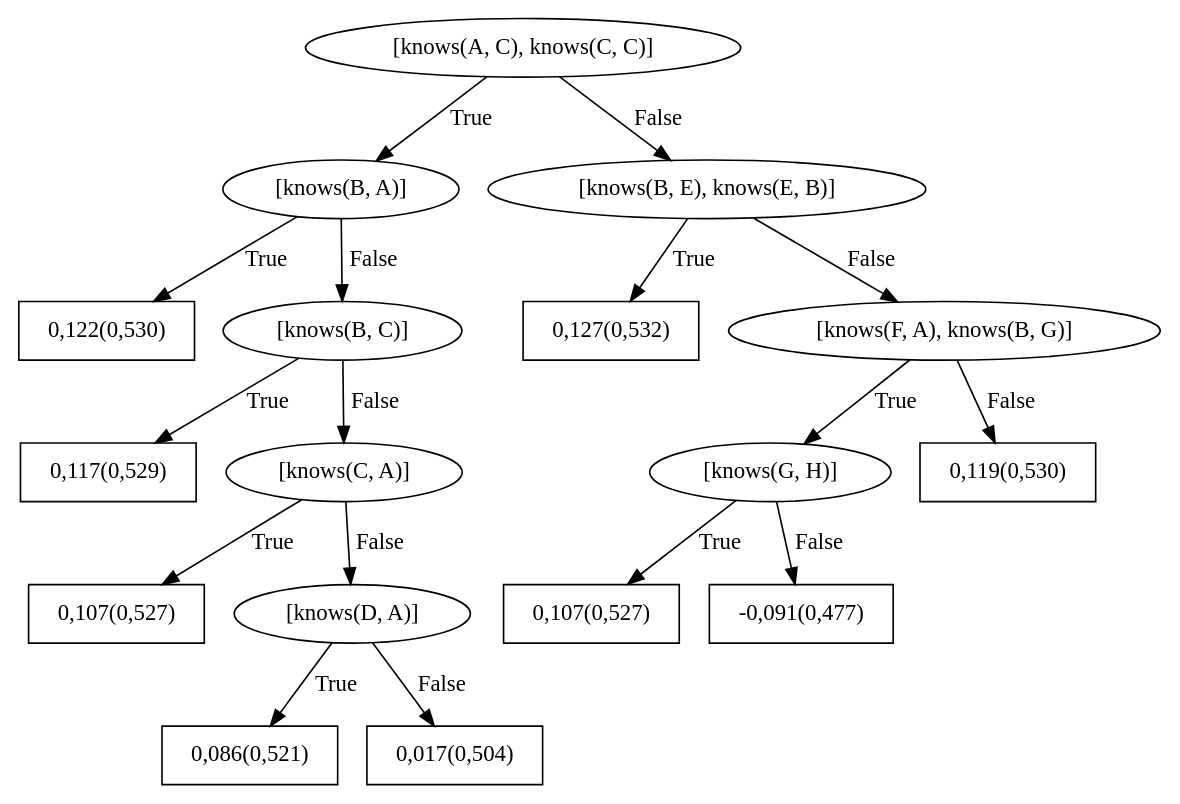
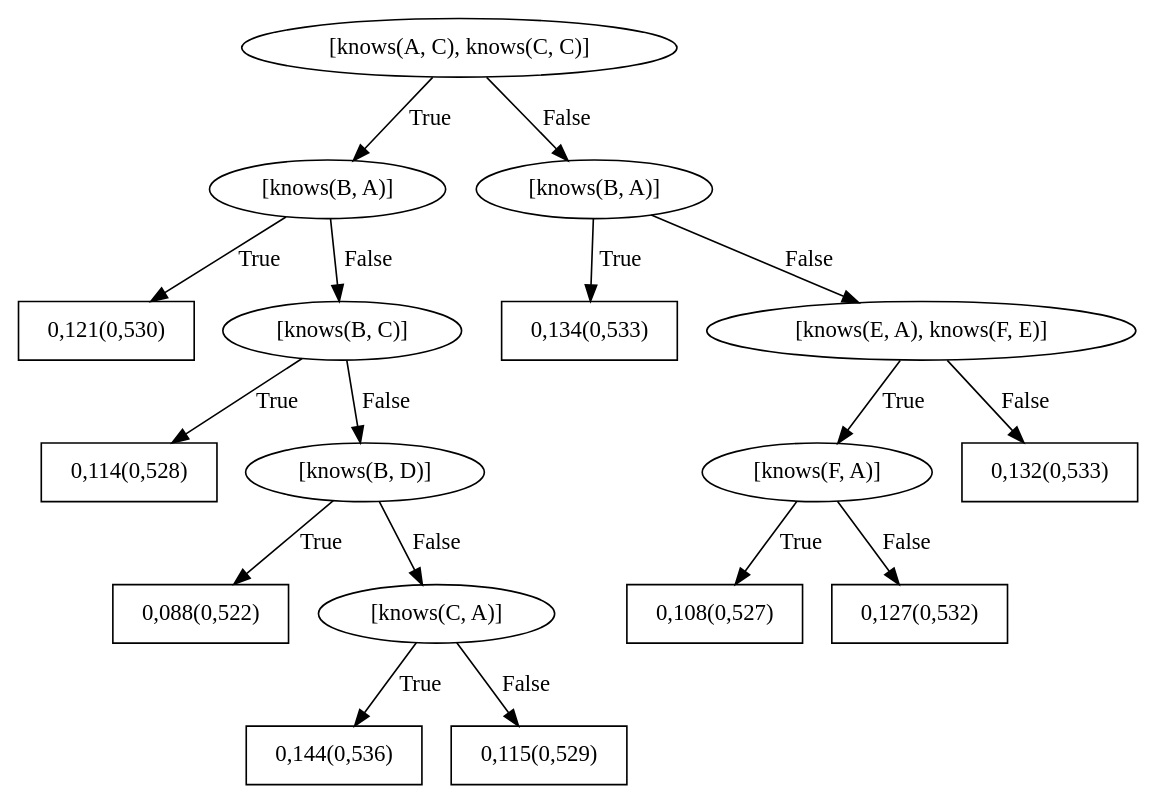
The diagram in SRLBoost/data/trust/train/models/bRDNs/dotFiles/WILLTreeFor_trusts9.dot (GabrielaPC/Trabalho-SRL), drawn with Graphviz before and after one commit. The commit also changed 63 other files, not shown here.

```diff
--- a/SRLBoost/data/trust/train/models/bRDNs/dotFiles/WILLTreeFor_trusts9.dot
+++ b/SRLBoost/data/trust/train/models/bRDNs/dotFiles/WILLTreeFor_trusts9.dot
@@ -1,35 +1,35 @@
 digraph G{ 
 1[label = "[knows(A, C), knows(C, C)]"];
 1 -> 2[label="True"];
 1 -> 3[label="False"];
 2[label = "[knows(B, A)]"];
 2 -> 4[label="True"];
 2 -> 5[label="False"];
-4[shape = box,label = "0,122(0,530)"];
+4[shape = box,label = "0,121(0,530)"];
 5[label = "[knows(B, C)]"];
 5 -> 6[label="True"];
 5 -> 7[label="False"];
-6[shape = box,label = "0,117(0,529)"];
-7[label = "[knows(C, A)]"];
+6[shape = box,label = "0,114(0,528)"];
+7[label = "[knows(B, D)]"];
 7 -> 8[label="True"];
 7 -> 9[label="False"];
-8[shape = box,label = "0,107(0,527)"];
-9[label = "[knows(D, A)]"];
+8[shape = box,label = "0,088(0,522)"];
+9[label = "[knows(C, A)]"];
 9 -> 10[label="True"];
 9 -> 11[label="False"];
-10[shape = box,label = "0,086(0,521)"];
-11[shape = box,label = "0,017(0,504)"];
-3[label = "[knows(B, E), knows(E, B)]"];
+10[shape = box,label = "0,144(0,536)"];
+11[shape = box,label = "0,115(0,529)"];
+3[label = "[knows(B, A)]"];
 3 -> 12[label="True"];
 3 -> 13[label="False"];
-12[shape = box,label = "0,127(0,532)"];
-13[label = "[knows(F, A), knows(B, G)]"];
+12[shape = box,label = "0,134(0,533)"];
+13[label = "[knows(E, A), knows(F, E)]"];
 13 -> 14[label="True"];
 13 -> 15[label="False"];
-14[label = "[knows(G, H)]"];
+14[label = "[knows(F, A)]"];
 14 -> 16[label="True"];
 14 -> 17[label="False"];
-16[shape = box,label = "0,107(0,527)"];
-17[shape = box,label = "-0,091(0,477)"];
-15[shape = box,label = "0,119(0,530)"];
+16[shape = box,label = "0,108(0,527)"];
+17[shape = box,label = "0,127(0,532)"];
+15[shape = box,label = "0,132(0,533)"];
 }
```
